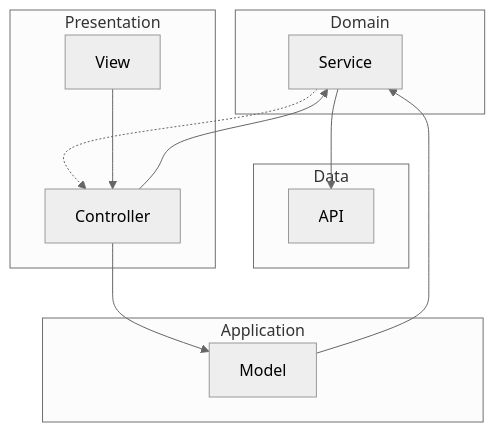
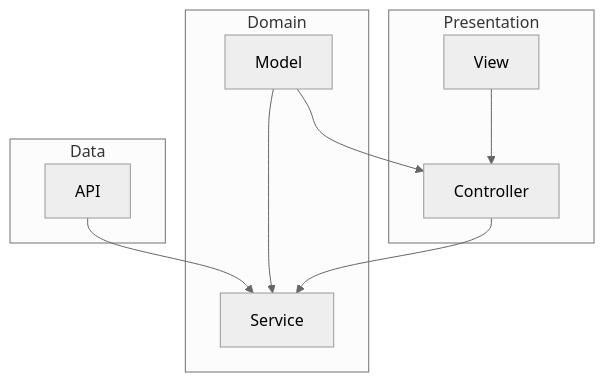
Before and after one commit to fa0311/flutter-training: the diagram in ARCHITECTURE.md, drawn with Mermaid (neutral theme). The commit also changed other lines of this file, not shown here.

Commit message:
chore: ARCHITECTURE.md を変更する

````diff
--- a/ARCHITECTURE.md
+++ b/ARCHITECTURE.md
@@ -5,23 +7,19 @@
 ```mermaid
 flowchart TB
 
   subgraph Data
     API
   end
 
   subgraph Domain
-    Service　--> API
-  end
-
-  subgraph Application
+    API　--> Service
     Model --> Service
   end
 
   subgraph Presentation
-    Controller --> Model
+    Model --> Controller
     Controller --> Service
-    Service .-> Controller
     View --> Controller
   end
 
 ```
````
